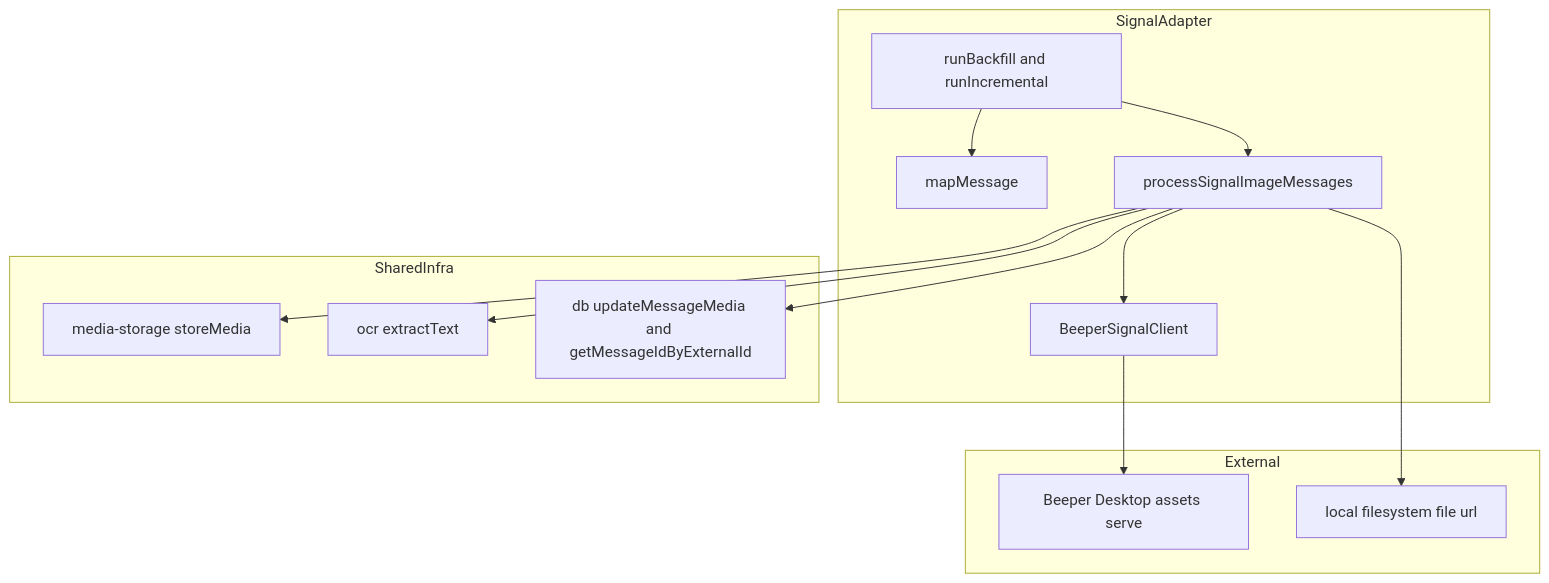
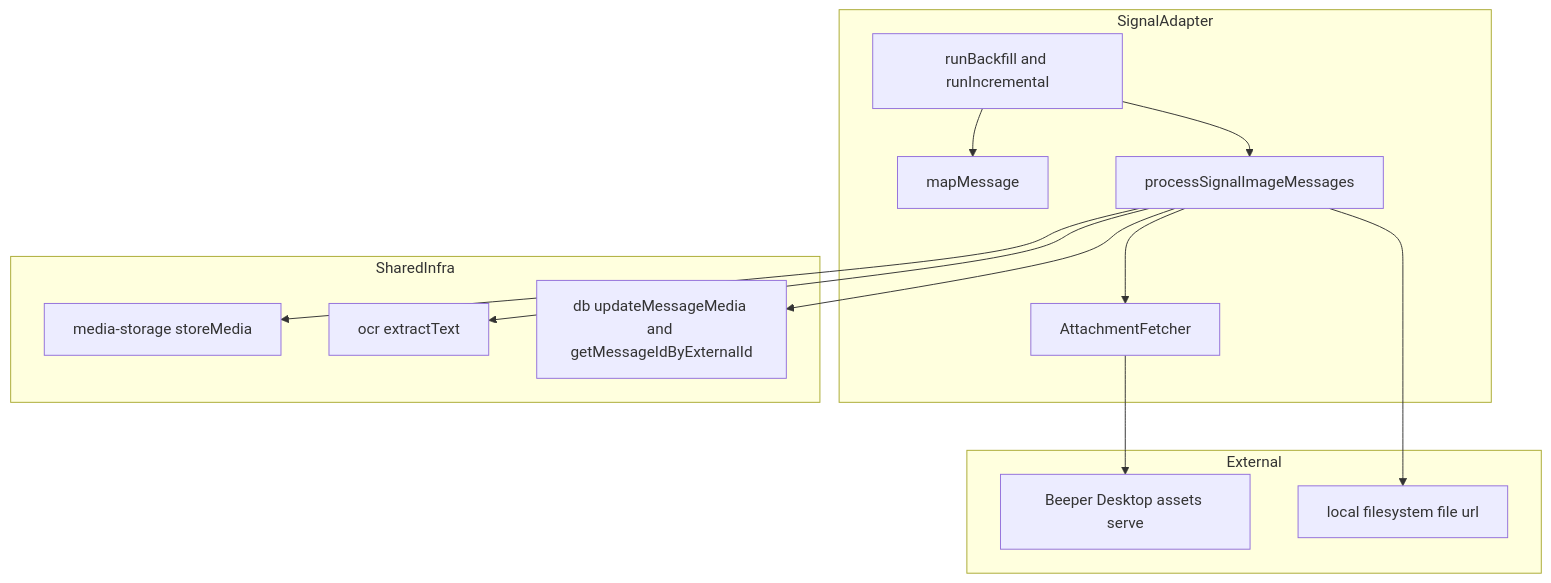
The first of 2 diagrams in .kiro/specs/signal-image-sync/design.md (yanicklandry/khipuchat), drawn with Mermaid before and after one commit. The commit also changed other lines of this file and 4 other files, not shown here.

````diff
--- a/.kiro/specs/signal-image-sync/design.md
+++ b/.kiro/specs/signal-image-sync/design.md
@@ -65,26 +66,26 @@
 ```mermaid
 graph TB
     subgraph SignalAdapter
         SyncLoop[runBackfill and runIncremental]
         MapMessage[mapMessage]
         ImageSync[processSignalImageMessages]
-        Client[BeeperSignalClient]
+        Fetcher[AttachmentFetcher]
     end
     subgraph SharedInfra
         MediaStorage[media-storage storeMedia]
         Ocr[ocr extractText]
         Db[db updateMessageMedia and getMessageIdByExternalId]
     end
     subgraph External
         Beeper[Beeper Desktop assets serve]
         Fs[local filesystem file url]
     end
     SyncLoop --> MapMessage
     SyncLoop --> ImageSync
-    ImageSync --> Client
-    Client --> Beeper
+    ImageSync --> Fetcher
+    Fetcher --> Beeper
     ImageSync --> Fs
     ImageSync --> MediaStorage
     ImageSync --> Ocr
     ImageSync --> Db
 ```
````
